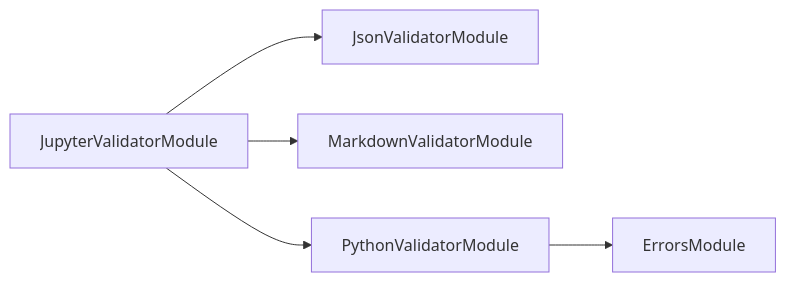
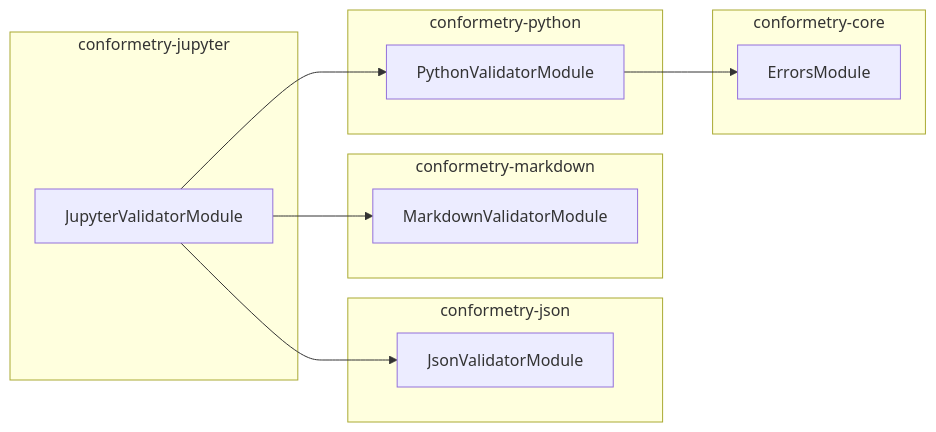
One commit to JimmyPaolini/codebase changed the second of 2 diagrams in packages/conformetry-jupyter/README.md. Above: the diagram before and after it, drawn with Mermaid. The commit also changed other lines of this file and 71 other files, not shown here.

Commit message:
feat(synchronization): ✨ group module graphs by package and add nx project graphs

````diff
--- a/packages/conformetry-jupyter/README.md
+++ b/packages/conformetry-jupyter/README.md
@@ -37,7 +64,22 @@
 ```mermaid
 flowchart LR
+  subgraph group0["conformetry-jupyter"]
+    JupyterValidatorModule
+  end
+  subgraph group1["conformetry-core"]
+    ErrorsModule
+  end
+  subgraph group2["conformetry-json"]
+    JsonValidatorModule
+  end
+  subgraph group3["conformetry-markdown"]
+    MarkdownValidatorModule
+  end
+  subgraph group4["conformetry-python"]
+    PythonValidatorModule
+  end
   JupyterValidatorModule --> JsonValidatorModule
   JupyterValidatorModule --> MarkdownValidatorModule
   JupyterValidatorModule --> PythonValidatorModule
   PythonValidatorModule --> ErrorsModule
 ```
````
